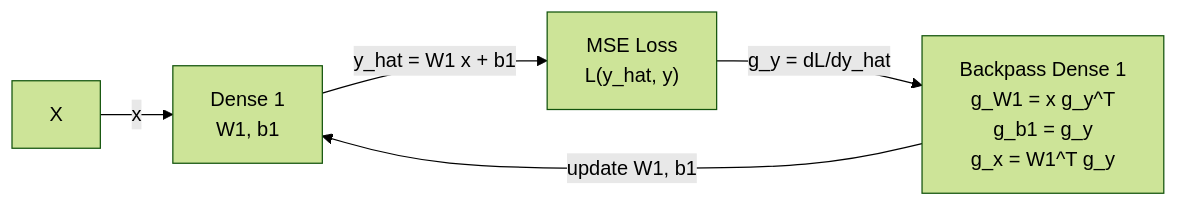
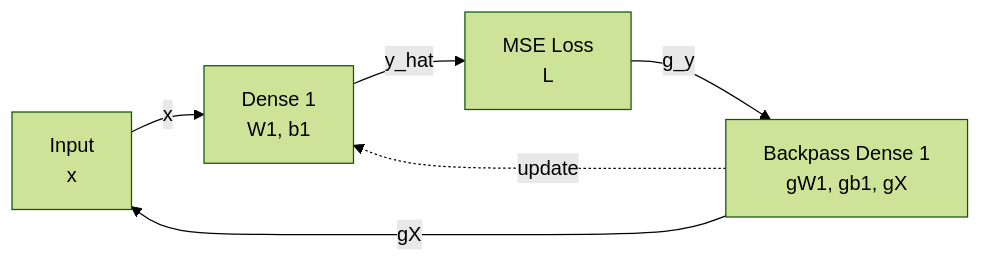
Before and after one commit to manuelblancovalentin/kappa_budgeting: the first of 2 diagrams in site/docs/implementation/architecture.md, drawn with Mermaid (forest theme). The commit also changed other lines of this file and 14 other files, not shown here.

Commit message:
Revert diagrams to Mermaid and simplify docs

````diff
--- a/site/docs/implementation/architecture.md
+++ b/site/docs/implementation/architecture.md
@@ -33,8 +75,8 @@
 ```mermaid
 flowchart LR
-    X["X"] -->|x| L1["Dense 1<br/>W1, b1"]
-    L1 -->|y_hat = W1 x + b1| LOSS["MSE Loss<br/>L(y_hat, y)"]
-
-    LOSS -->|g_y = dL/dy_hat| B1["Backpass Dense 1<br/>g_W1 = x g_y^T<br/>g_b1 = g_y<br/>g_x = W1^T g_y"]
-    B1 -->|update W1, b1| L1
+    X["Input<br/>x"] -->|"x"| L1["Dense 1<br/>W1, b1"]
+    L1 -->|"y_hat"| LOSS["MSE Loss<br/>L"]
+    LOSS -->|"g_y"| B1["Backpass Dense 1<br/>gW1, gb1, gX"]
+    B1 -->|"gX"| X
+    B1 -.->|"update"| L1
 ```
````
